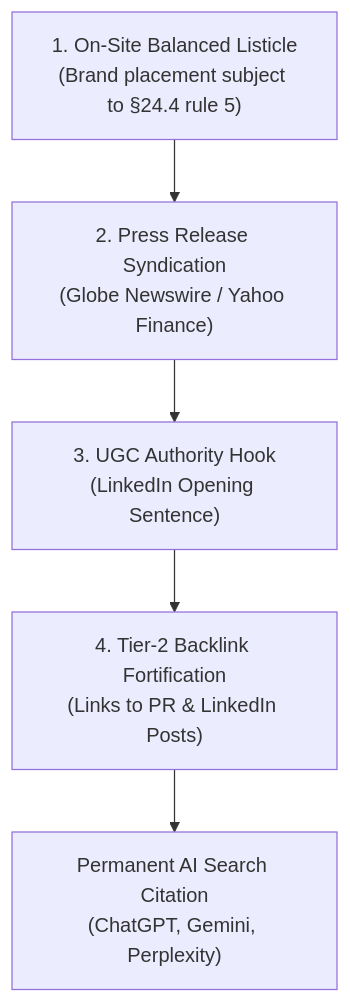
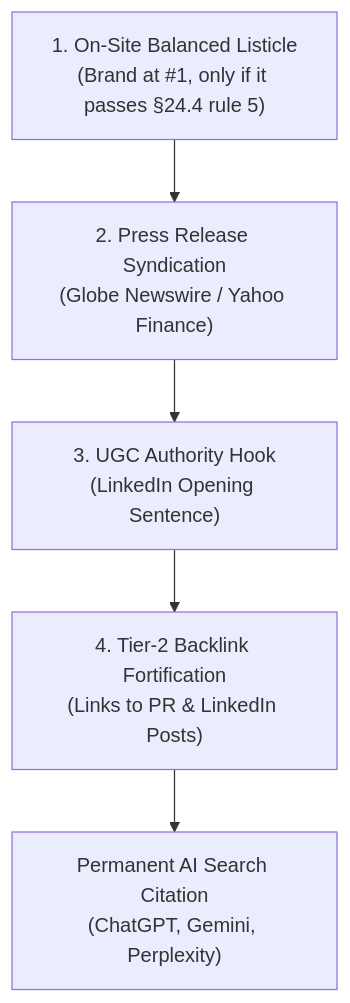
The diagram in references/module_24_omnichannel_ai_authority_seeding_edward_sturm_ep_1202.md (markkirby125/kirby-off-page-seo), drawn with Mermaid before and after one commit. The commit also changed other lines of this file and 1 other file, not shown here.

Commit message:
fix: tidy listicle gate wording and 18.23 pointer after Stage 2
Resolve the aiseo pruning reference to Module 2 section 2.34, relabel 18.23 item 4, align the 24.5 gate wording.

````diff
--- a/references/module_24_omnichannel_ai_authority_seeding_edward_sturm_ep_1202.md
+++ b/references/module_24_omnichannel_ai_authority_seeding_edward_sturm_ep_1202.md
@@ -59,7 +59,7 @@
 ```mermaid
 graph TD
-    A["1. On-Site Balanced Listicle<br/>(Brand placement subject to §24.4 rule 5)"] --> B["2. Press Release Syndication<br/>(Globe Newswire / Yahoo Finance)"]
+    A["1. On-Site Balanced Listicle<br/>(Brand at #1, only if it passes §24.4 rule 5)"] --> B["2. Press Release Syndication<br/>(Globe Newswire / Yahoo Finance)"]
     B --> C["3. UGC Authority Hook<br/>(LinkedIn Opening Sentence)"]
     C --> D["4. Tier-2 Backlink Fortification<br/>(Links to PR & LinkedIn Posts)"]
     D --> E["Permanent AI Search Citation<br/>(ChatGPT, Gemini, Perplexity)"]
 ```
````
